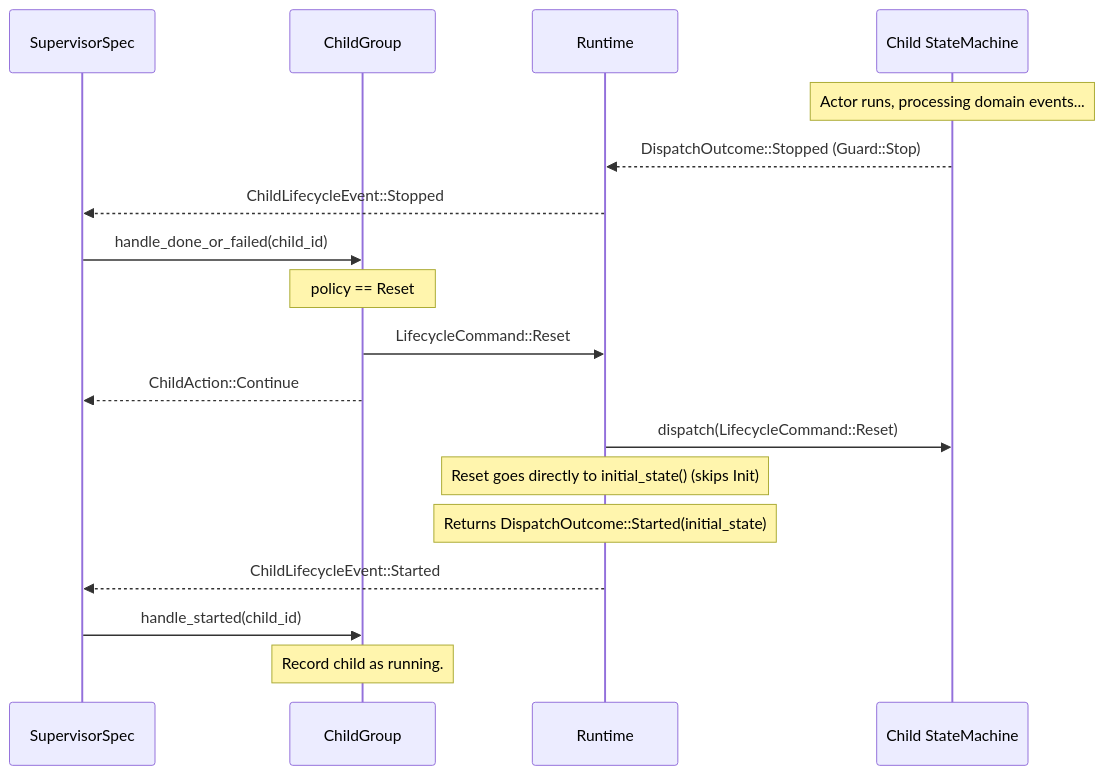
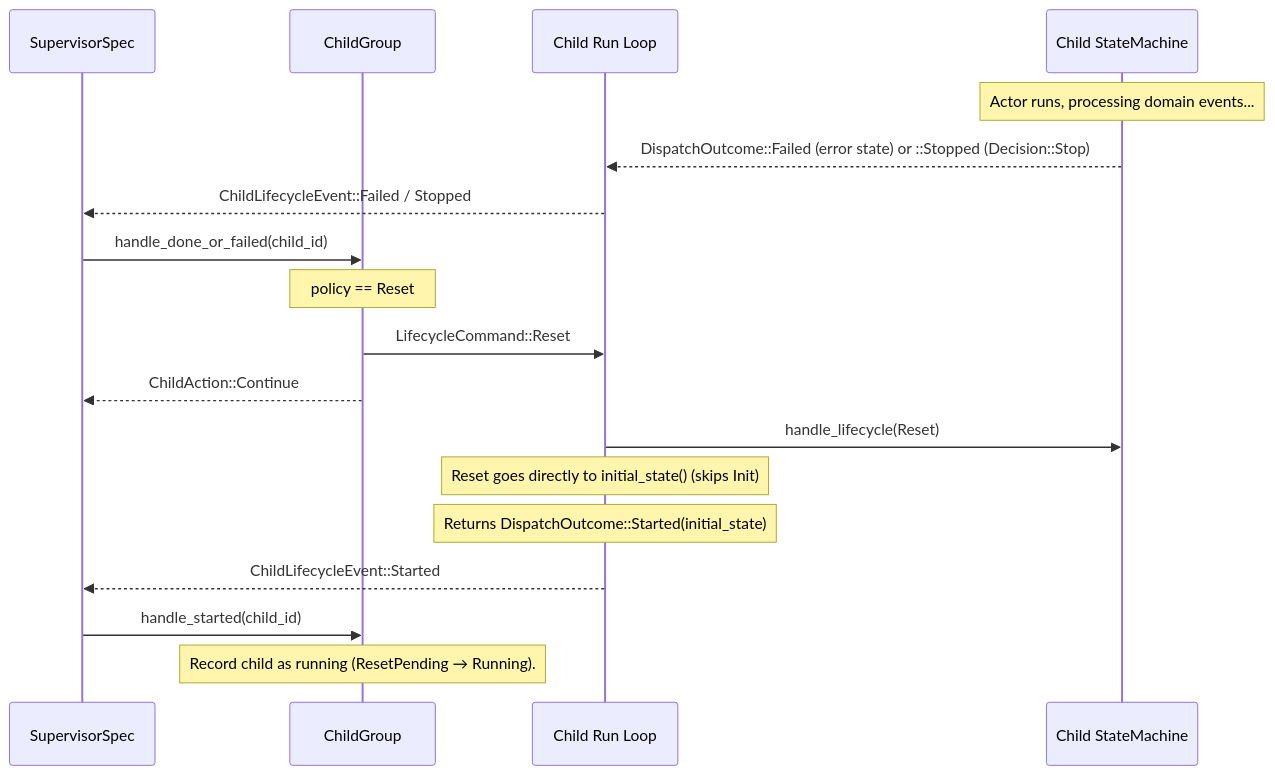
The second of 4 diagrams in spec/architecture/08-supervision.md (bloxide-com/bloxide), drawn with Mermaid before and after one commit. The commit also changed other lines of this file and 33 other files, not shown here.

First line of the commit message:
docs(spec): five-level lifecycle, Decision vocabulary, ActionResult contract

````diff
--- a/spec/architecture/08-supervision.md
+++ b/spec/architecture/08-supervision.md
@@ -394,22 +513,22 @@
 ```mermaid
 sequenceDiagram
     participant Sup as SupervisorSpec
     participant CG as ChildGroup
-    participant RT as Runtime
+    participant RT as Child Run Loop
     participant M as Child StateMachine
 
     Note over M: Actor runs, processing domain events...
 
-    M-->>RT: DispatchOutcome::Stopped (Guard::Stop)
-    RT-->>Sup: ChildLifecycleEvent::Stopped
+    M-->>RT: DispatchOutcome::Failed (error state) or ::Stopped (Decision::Stop)
+    RT-->>Sup: ChildLifecycleEvent::Failed / Stopped
     Sup->>CG: handle_done_or_failed(child_id)
     Note over CG: policy == Reset
     CG->>RT: LifecycleCommand::Reset
     CG-->>Sup: ChildAction::Continue
-    RT->>M: dispatch(LifecycleCommand::Reset)
+    RT->>M: handle_lifecycle(Reset)
     Note over RT: Reset goes directly to initial_state() (skips Init)
     Note over RT: Returns DispatchOutcome::Started(initial_state)
     RT-->>Sup: ChildLifecycleEvent::Started
     Sup->>CG: handle_started(child_id)
-    Note over CG: Record child as running.
+    Note over CG: Record child as running (ResetPending → Running).
 ```
````
